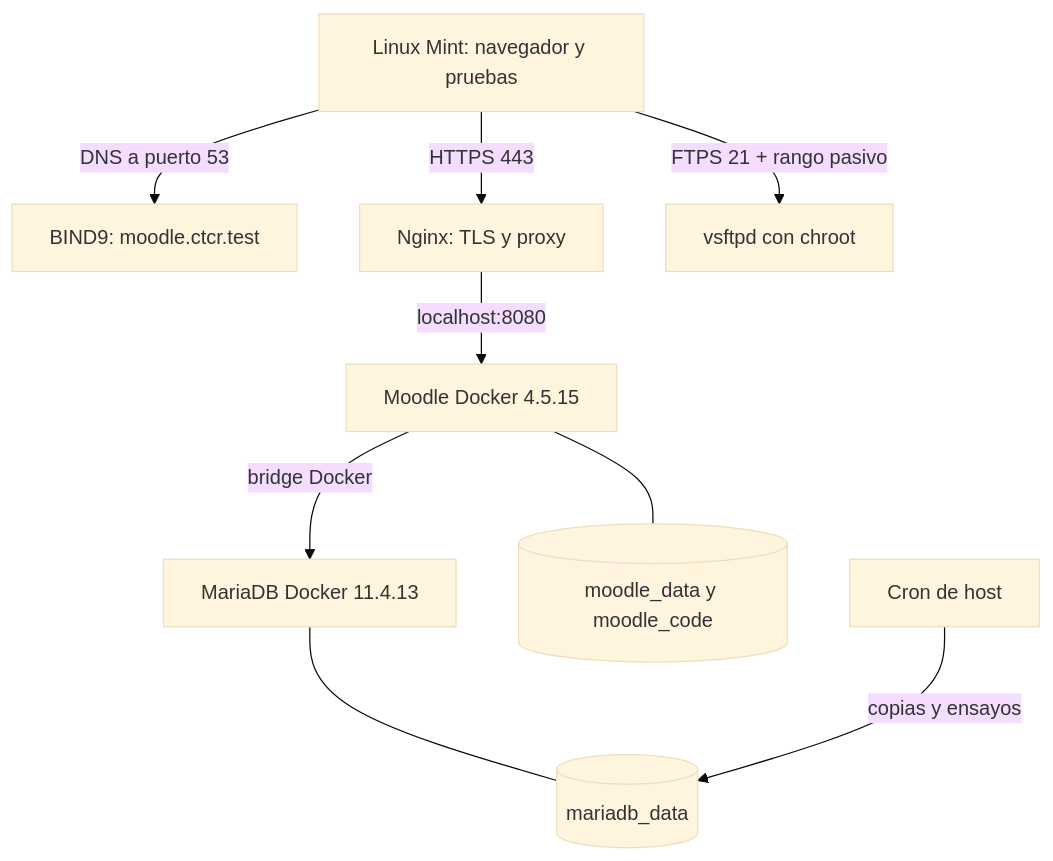
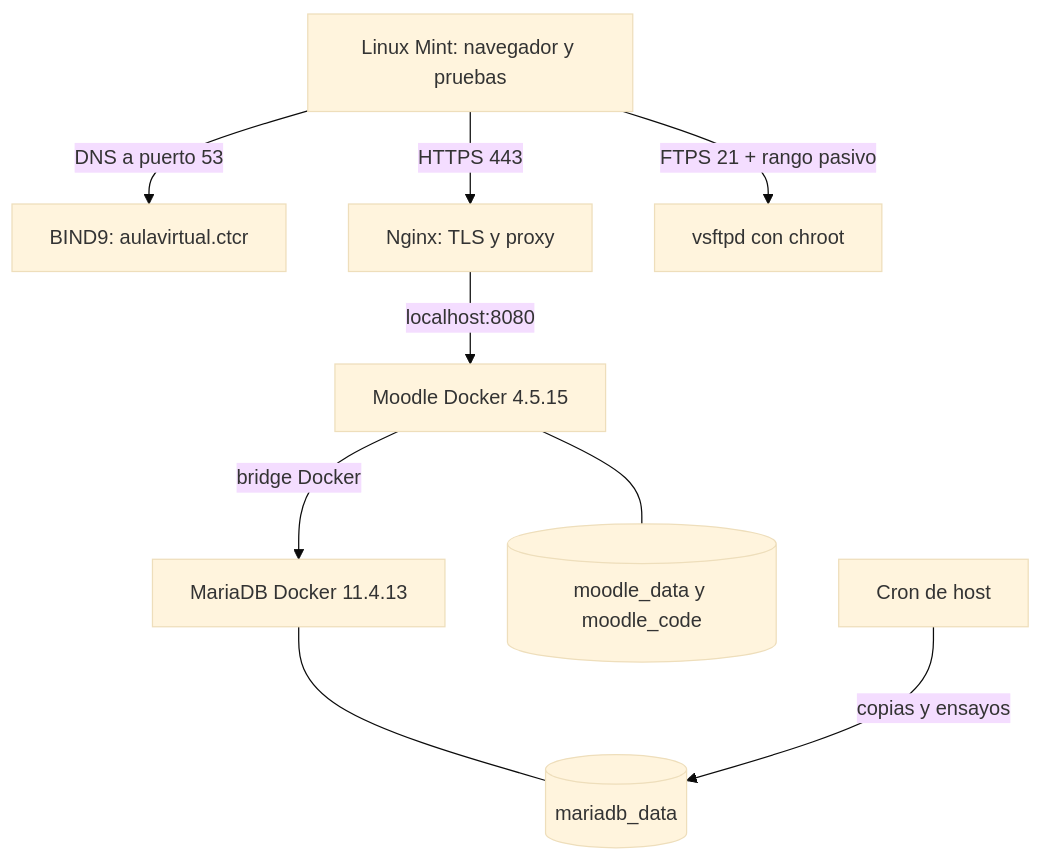
The diagram in docs/00-proyecto/README.md (crissXcoder/colegio-tecnico-costa-rica), drawn with Mermaid (base theme) before and after one commit. The commit also changed 41 other files, not shown here.

````diff
--- a/docs/00-proyecto/README.md
+++ b/docs/00-proyecto/README.md
@@ -13,11 +13,11 @@
 ```mermaid
 flowchart TD
-  Client[Linux Mint: navegador y pruebas] -->|DNS a puerto 53| DNS[BIND9: moodle.ctcr.test]
+  Client[Linux Mint: navegador y pruebas] -->|DNS a puerto 53| DNS[BIND9: aulavirtual.ctcr]
   Client -->|HTTPS 443| NG[Nginx: TLS y proxy]
   NG -->|localhost:8080| LMS[Moodle Docker 4.5.15]
   LMS -->|bridge Docker| DB[MariaDB Docker 11.4.13]
   LMS --- DATA[(moodle_data y moodle_code)]
   DB --- SQL[(mariadb_data)]
   Client -->|FTPS 21 + rango pasivo| FTPS[vsftpd con chroot]
   CRON[Cron de host] -->|copias y ensayos| SQL
 ```
````
